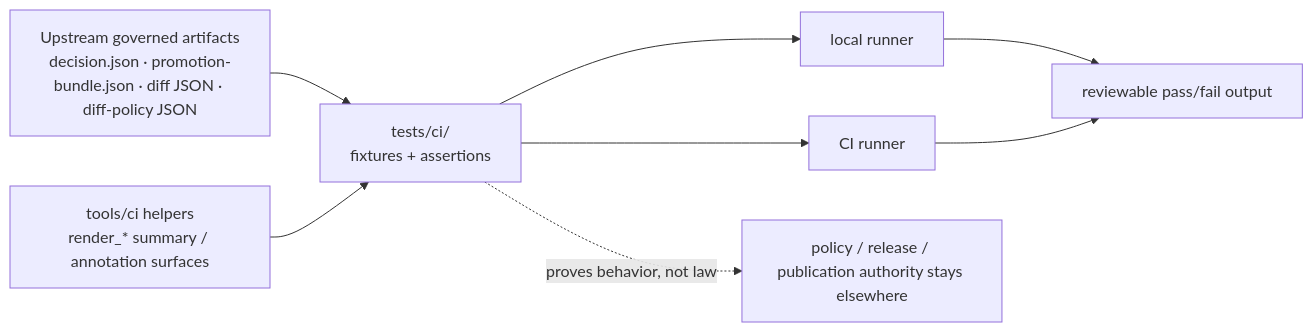
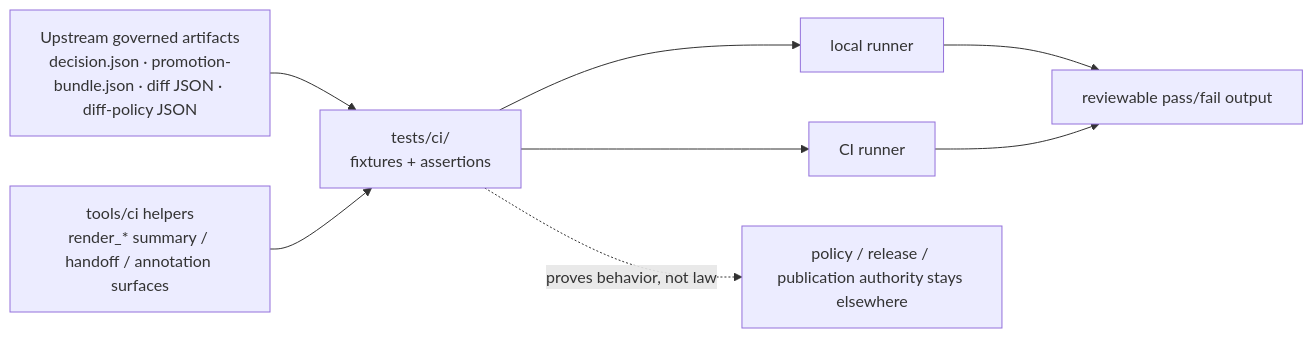
The diagram in tests/ci/README.md (bartytime4life/Kansas-Frontier-Matrix), drawn with Mermaid before and after one commit. The commit also changed other lines of this file, not shown here.

````diff
--- a/tests/ci/README.md
+++ b/tests/ci/README.md
@@ -344,10 +360,10 @@
 ```mermaid
 flowchart LR
     U["Upstream governed artifacts<br/>decision.json · promotion-bundle.json · diff JSON · diff-policy JSON"] --> T["tests/ci/<br/>fixtures + assertions"]
-    H["tools/ci helpers<br/>render_* summary / annotation surfaces"] --> T
+    H["tools/ci helpers<br/>render_* summary / handoff / annotation surfaces"] --> T
     T --> L["local runner"]
     T --> C["CI runner"]
     L --> R["reviewable pass/fail output"]
     C --> R
     T -. proves behavior, not law .-> N["policy / release / publication authority stays elsewhere"]
 ```
````
